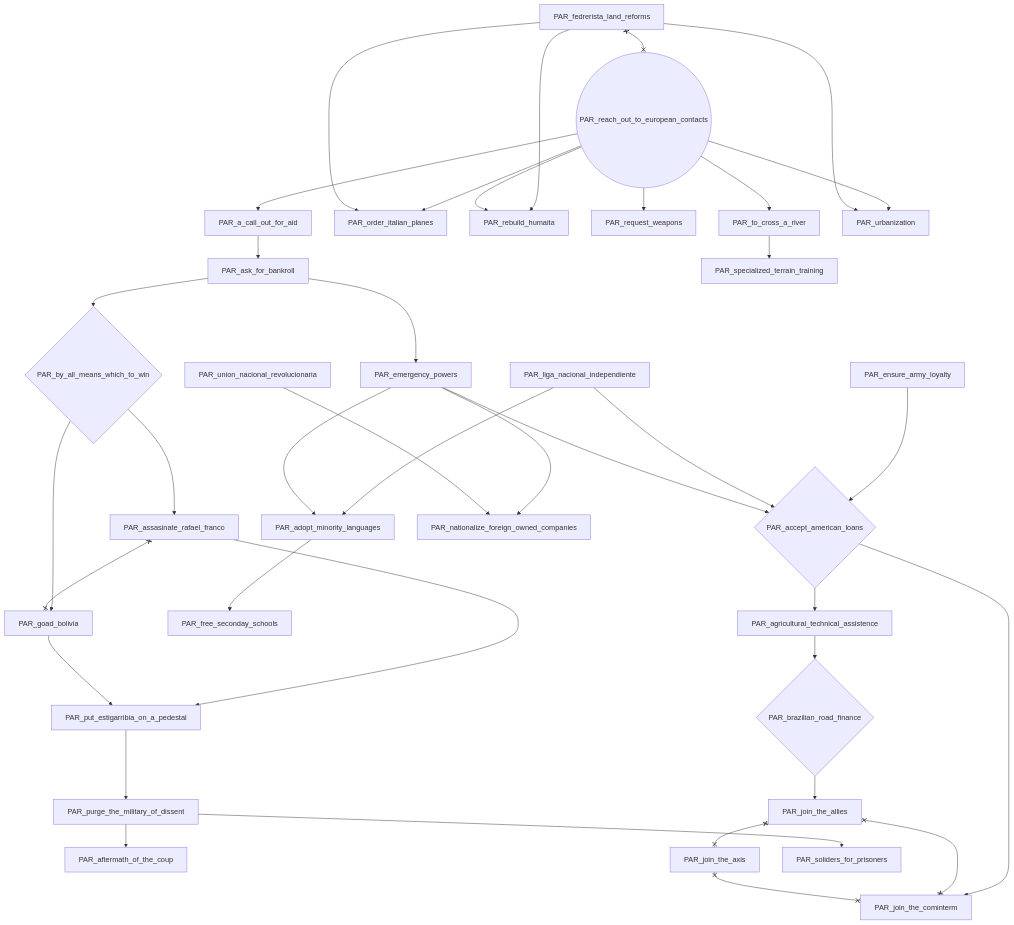
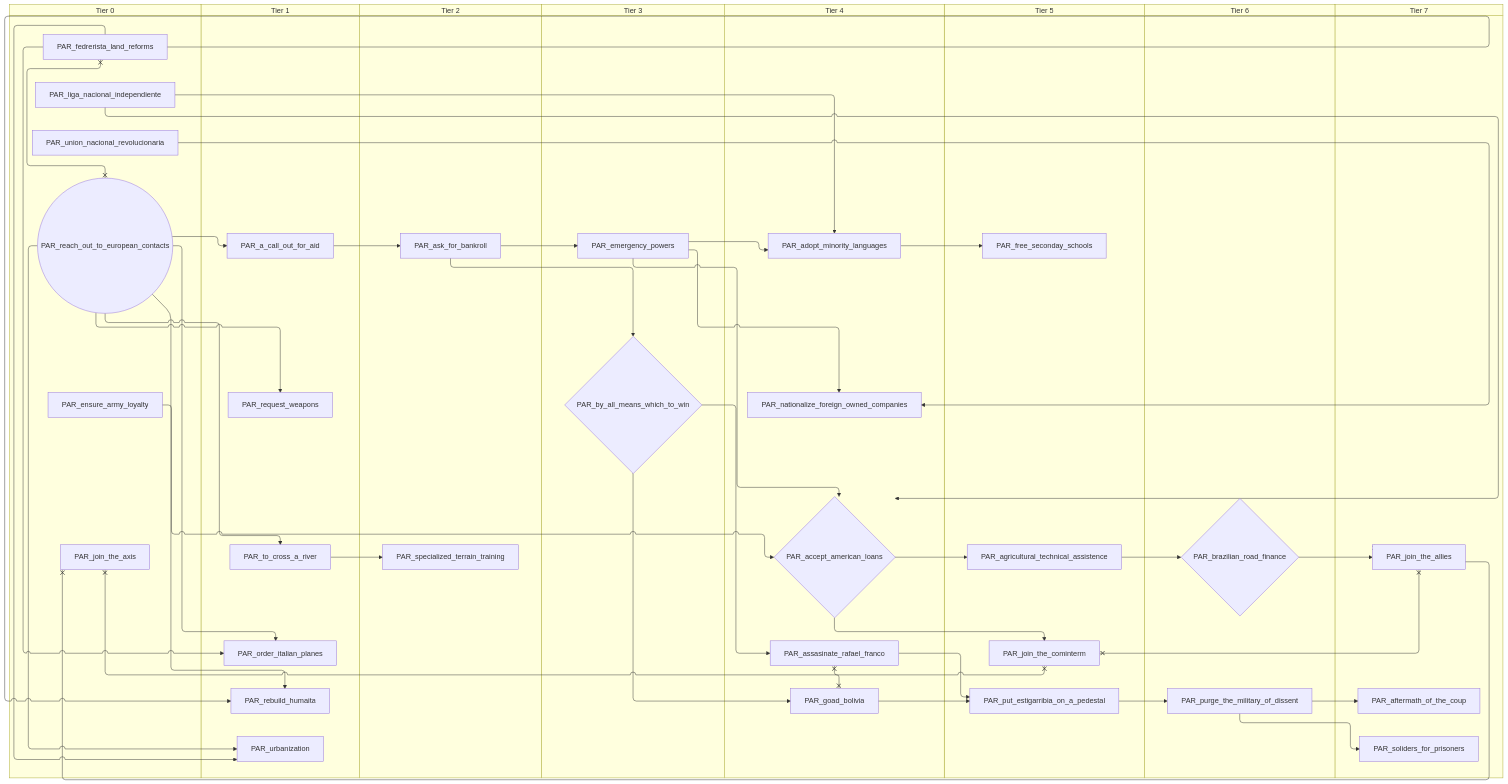
One commit to evgeny-sobol/hoi4-sandbox-mode-r56 changed the second of 2 diagrams in docs/gdd/National Focuses/r56/paraguay.md. Above: the diagram before and after it, drawn with Mermaid. The commit also changed other lines of this file and 423 other files, not shown here.

First line of the commit message:
Re-export Rt56 focus trees as swimlane diagrams

````diff
--- a/docs/gdd/National Focuses/r56/paraguay.md
+++ b/docs/gdd/National Focuses/r56/paraguay.md
@@ -110,70 +134,86 @@
 ```mermaid
-flowchart TD
-    n43["PAR_a_call_out_for_aid"]
-    n2{"PAR_accept_american_loans"}
-    n4["PAR_adopt_minority_languages"]
-    n44["PAR_aftermath_of_the_coup"]
-    n5["PAR_agricultural_technical_assistence"]
-    n45["PAR_ask_for_bankroll"]
-    n46["PAR_assasinate_rafael_franco"]
-    n11{"PAR_brazilian_road_finance"}
-    n47{"PAR_by_all_means_which_to_win"}
-    n16["PAR_emergency_powers"]
-    n17["PAR_ensure_army_loyalty"]
-    n18["PAR_fedrerista_land_reforms"]
-    n19["PAR_free_seconday_schools"]
-    n48["PAR_goad_bolivia"]
-    n23["PAR_join_the_allies"]
-    n24["PAR_join_the_axis"]
-    n25["PAR_join_the_cominterm"]
-    n26["PAR_liga_nacional_independiente"]
-    n30["PAR_nationalize_foreign_owned_companies"]
-    n33["PAR_order_italian_planes"]
-    n49["PAR_purge_the_military_of_dissent"]
-    n50["PAR_put_estigarribia_on_a_pedestal"]
-    n36(("PAR_reach_out_to_european_contacts"))
-    n37["PAR_rebuild_humaita"]
-    n51["PAR_request_weapons"]
-    n52["PAR_soliders_for_prisoners"]
-    n53["PAR_specialized_terrain_training"]
-    n54["PAR_to_cross_a_river"]
-    n41["PAR_union_nacional_revolucionaria"]
-    n42["PAR_urbanization"]
-    n36 --> n43
-    n17 --> n2
-    n26 --> n2
-    n16 --> n2
-    n26 --> n4
-    n16 --> n4
-    n49 --> n44
-    n2 --> n5
-    n43 --> n45
-    n47 --> n46
-    n5 --> n11
+swimlane-beta TD
+    subgraph tier_0["Tier 0"]
+        n32["PAR_ensure_army_loyalty"]
+        n2["PAR_fedrerista_land_reforms"]
+        n37["PAR_join_the_axis"]
+        n21["PAR_liga_nacional_independiente"]
+        n3(("PAR_reach_out_to_european_contacts"))
+        n24["PAR_union_nacional_revolucionaria"]
+    end
+    subgraph tier_1["Tier 1"]
+        n43["PAR_a_call_out_for_aid"]
+        n7["PAR_order_italian_planes"]
+        n8["PAR_rebuild_humaita"]
+        n44["PAR_request_weapons"]
+        n45["PAR_to_cross_a_river"]
+        n9["PAR_urbanization"]
+    end
+    subgraph tier_2["Tier 2"]
+        n46["PAR_ask_for_bankroll"]
+        n47["PAR_specialized_terrain_training"]
+    end
+    subgraph tier_3["Tier 3"]
+        n48{"PAR_by_all_means_which_to_win"}
+        n1["PAR_emergency_powers"]
+    end
+    subgraph tier_4["Tier 4"]
+        n36{"PAR_accept_american_loans"}
+        n25["PAR_adopt_minority_languages"]
+        n49["PAR_assasinate_rafael_franco"]
+        n50["PAR_goad_bolivia"]
+        n30["PAR_nationalize_foreign_owned_companies"]
+    end
+    subgraph tier_5["Tier 5"]
+        n39["PAR_agricultural_technical_assistence"]
+        n33["PAR_free_seconday_schools"]
+        n40["PAR_join_the_cominterm"]
+        n51["PAR_put_estigarribia_on_a_pedestal"]
+    end
+    subgraph tier_6["Tier 6"]
+        n41{"PAR_brazilian_road_finance"}
+        n52["PAR_purge_the_military_of_dissent"]
+    end
+    subgraph tier_7["Tier 7"]
+        n53["PAR_aftermath_of_the_coup"]
+        n42["PAR_join_the_allies"]
+        n54["PAR_soliders_for_prisoners"]
+    end
+    n3 --> n43
+    n32 --> n36
+    n21 --> n36
+    n1 --> n36
+    n21 --> n25
+    n1 --> n25
+    n52 --> n53
+    n36 --> n39
+    n43 --> n46
+    n48 --> n49
+    n39 --> n41
+    n46 --> n48
+    n46 --> n1
+    n25 --> n33
+    n48 --> n50
+    n41 --> n42
+    n36 --> n40
+    n1 --> n30
+    n24 --> n30
+    n3 --> n7
+    n2 --> n7
+    n51 --> n52
+    n49 --> n51
+    n50 --> n51
+    n2 --> n8
+    n3 --> n8
+    n3 --> n44
+    n52 --> n54
     n45 --> n47
-    n45 --> n16
-    n4 --> n19
-    n47 --> n48
-    n11 --> n23
-    n2 --> n25
-    n16 --> n30
-    n41 --> n30
-    n36 --> n33
-    n18 --> n33
-    n50 --> n49
-    n46 --> n50
-    n48 --> n50
-    n18 --> n37
-    n36 --> n37
-    n36 --> n51
-    n49 --> n52
-    n54 --> n53
-    n36 --> n54
-    n36 --> n42
-    n18 --> n42
-    n46 x--x n48
-    n18 x--x n36
-    n23 x--x n24
-    n23 x--x n25
-    n24 x--x n25
+    n3 --> n45
+    n3 --> n9
+    n2 --> n9
+    n49 x--x n50
+    n2 x--x n3
+    n42 x--x n37
+    n42 x--x n40
+    n37 x--x n40
 ```
````
